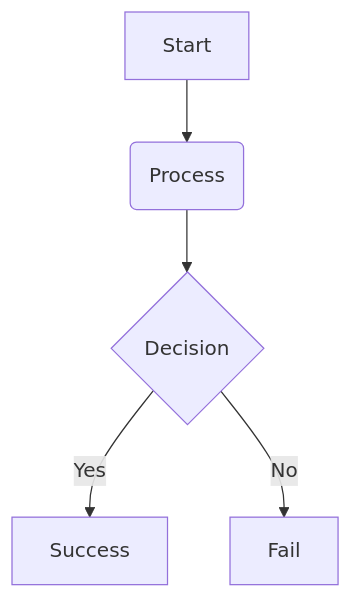
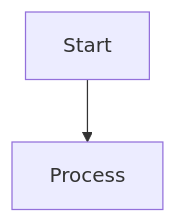
The first of 28 diagrams in src/git.md (abilandz/NAT3054), drawn with Mermaid before and after one commit. The commit also changed other lines of this file, not shown here.

````diff
--- a/src/git.md
+++ b/src/git.md
@@ -83,7 +81,5 @@
 ```mermaid
+%%{init: {'themeCSS': '.output-div, .mermaid, svg { display: block; margin: 0 auto !important; }'}}%%
 graph TD
-    A[Start] --> B(Process)
-    B --> C{Decision}
-    C -->|Yes| D[Success]
-    C -->|No| E[Fail]
+    A[Start] --> B[Process]
 ```
````
